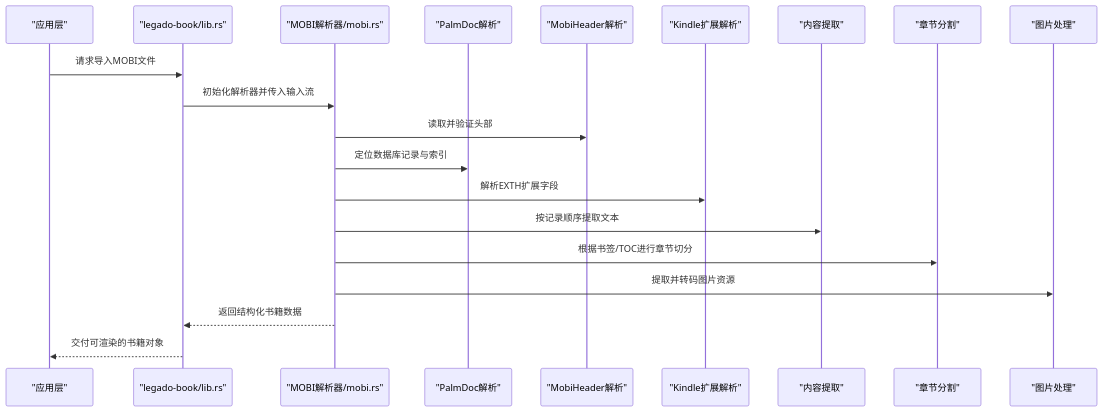
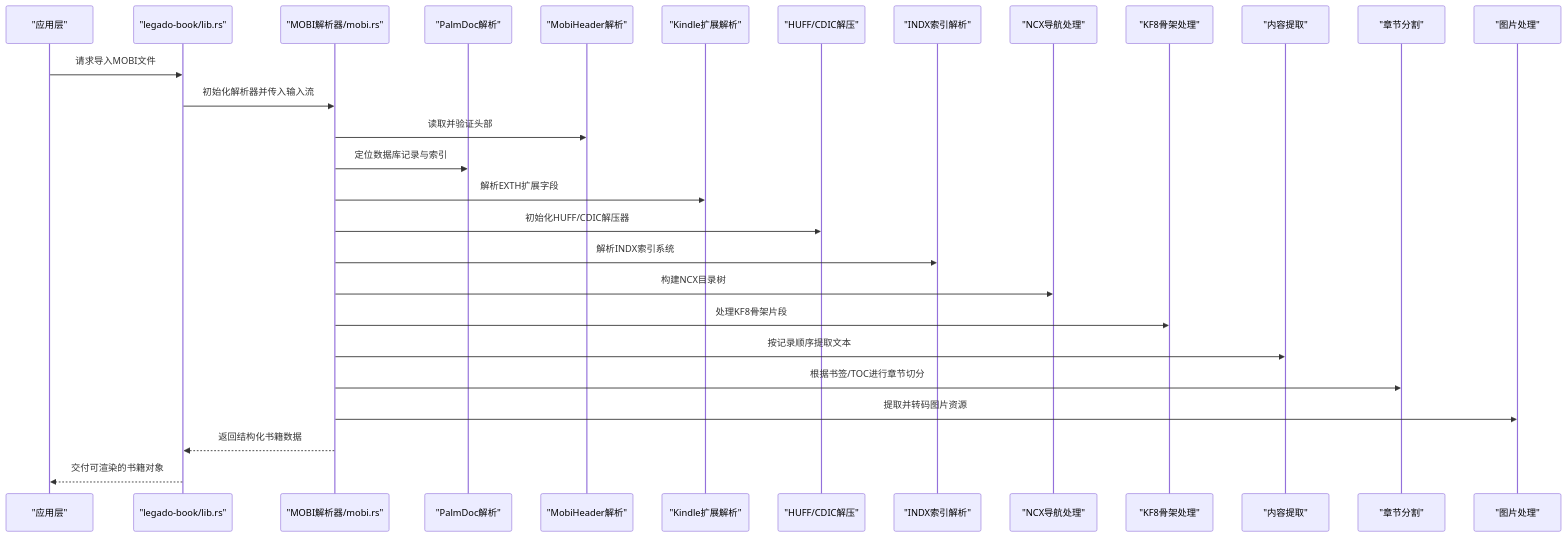
Before and after one commit to ZhangGHGitHub/LegadoTeamFlutter: the second of 13 diagrams in .qoder/repowiki/zh/content/架构设计/分层架构设计/业务逻辑层/书籍处理引擎/MOBI格式处理.md, drawn with Mermaid. The commit also changed other lines of this file and 173 other files, not shown here.

````diff
--- a/.qoder/repowiki/zh/content/架构设计/分层架构设计/业务逻辑层/书籍处理引擎/MOBI格式处理.md
+++ b/.qoder/repowiki/zh/content/架构设计/分层架构设计/业务逻辑层/书籍处理引擎/MOBI格式处理.md
@@ -67,22 +85,30 @@
 ```mermaid
 sequenceDiagram
 participant App as "应用层"
 participant Lib as "legado-book/lib.rs"
 participant Mobi as "MOBI解析器/mobi.rs"
 participant Palm as "PalmDoc解析"
 participant Header as "MobiHeader解析"
 participant Ext as "Kindle扩展解析"
+participant Huff as "HUFF/CDIC解压"
+participant Indx as "INDX索引解析"
+participant Ncx as "NCX导航处理"
+participant Kf8 as "KF8骨架处理"
 participant Content as "内容提取"
 participant Chapters as "章节分割"
 participant Images as "图片处理"
 App->>Lib : 请求导入MOBI文件
 Lib->>Mobi : 初始化解析器并传入输入流
 Mobi->>Header : 读取并验证头部
 Mobi->>Palm : 定位数据库记录与索引
 Mobi->>Ext : 解析EXTH扩展字段
+Mobi->>Huff : 初始化HUFF/CDIC解压器
+Mobi->>Indx : 解析INDX索引系统
+Mobi->>Ncx : 构建NCX目录树
+Mobi->>Kf8 : 处理KF8骨架片段
 Mobi->>Content : 按记录顺序提取文本
 Mobi->>Chapters : 根据书签/TOC进行章节切分
 Mobi->>Images : 提取并转码图片资源
 Mobi-->>Lib : 返回结构化书籍数据
 Lib-->>App : 交付可渲染的书籍对象
 ```
````
